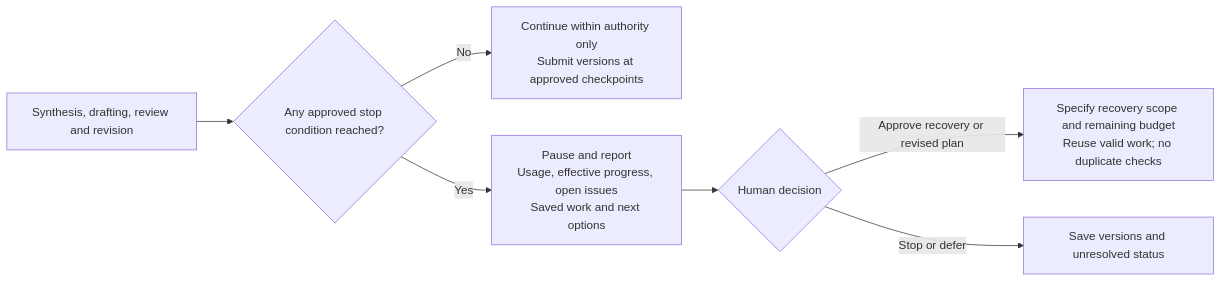
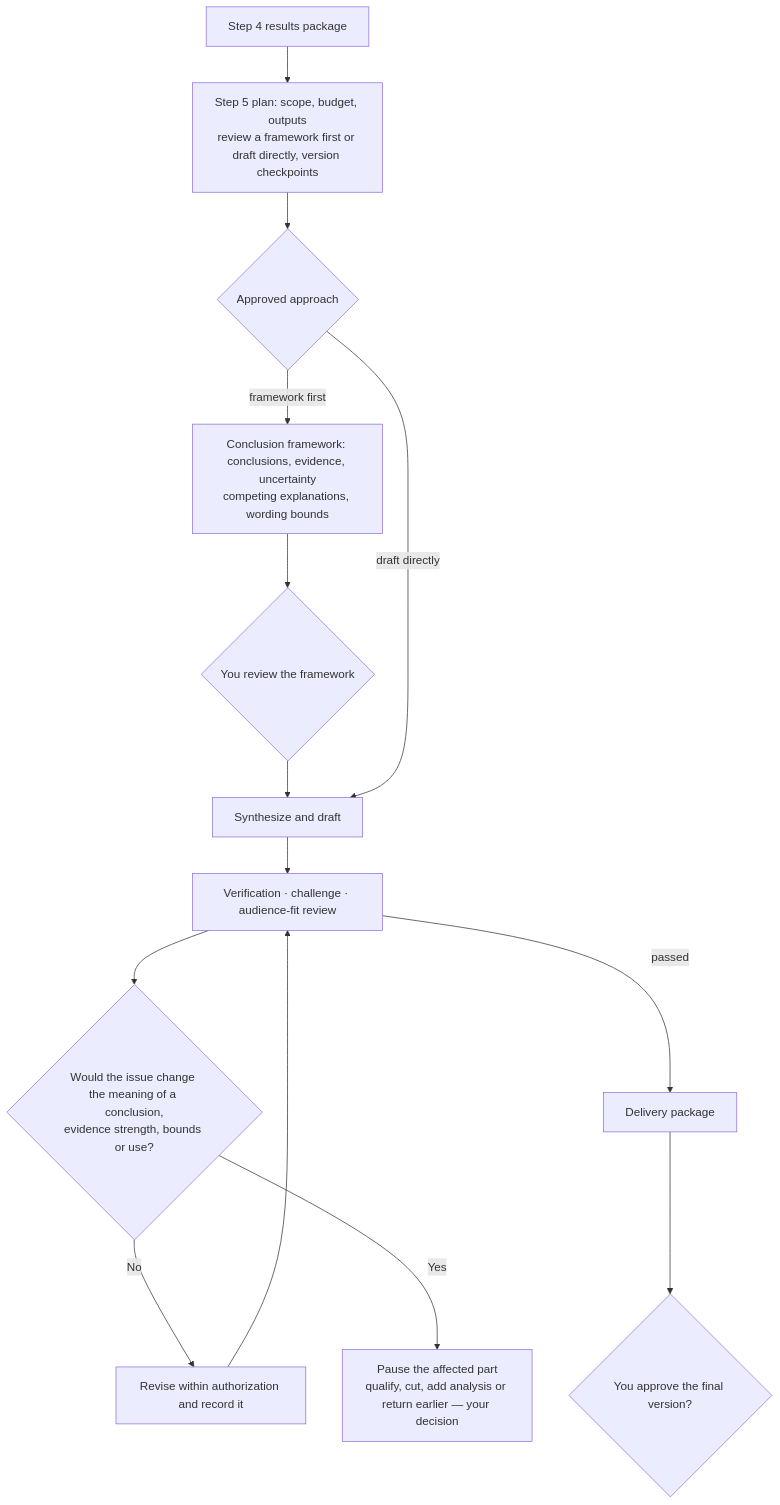
One commit to reinafeng2006/research-workflow changed the diagram in en/docs/step-5.md. Above: the diagram before and after it, drawn with Mermaid. The commit also changed other lines of this file and 29 other files, not shown here.

````diff
--- a/en/docs/step-5.md
+++ b/en/docs/step-5.md
@@ -97,9 +19,16 @@
 ```mermaid
-flowchart LR
-    WORK["Synthesis, drafting, review and revision"] --> CHECK{"Any approved stop condition reached?"}
-    CHECK -->|No| CONT["Continue within authority only<br/>Submit versions at approved checkpoints"]
-    CHECK -->|Yes| PAUSE["Pause and report<br/>Usage, effective progress, open issues<br/>Saved work and next options"]
-    PAUSE --> HUMAN{"Human decision"}
-    HUMAN -->|Approve recovery or revised plan| RESUME["Specify recovery scope and remaining budget<br/>Reuse valid work; no duplicate checks"]
-    HUMAN -->|Stop or defer| SAVE["Save versions and unresolved status"]
+flowchart TD
+    IN["Step 4 results package"] --> PLAN["Step 5 plan: scope, budget, outputs<br/>review a framework first or draft directly, version checkpoints"]
+    PLAN --> W{"Approved approach"}
+    W -->|framework first| FR["Conclusion framework: conclusions, evidence, uncertainty<br/>competing explanations, wording bounds"]
+    FR --> FA{"You review the framework"}
+    FA --> DR
+    W -->|draft directly| DR["Synthesize and draft"]
+    DR --> REV["Verification · challenge · audience-fit review"]
+    REV --> CH{"Would the issue change the meaning of a conclusion,<br/>evidence strength, bounds or use?"}
+    CH -->|No| FIX["Revise within authorization and record it"]
+    FIX --> REV
+    CH -->|Yes| HOLD["Pause the affected part<br/>qualify, cut, add analysis or return earlier — your decision"]
+    REV -->|passed| PKG["Delivery package"]
+    PKG --> D{"You approve the final version?"}
 ```
````
